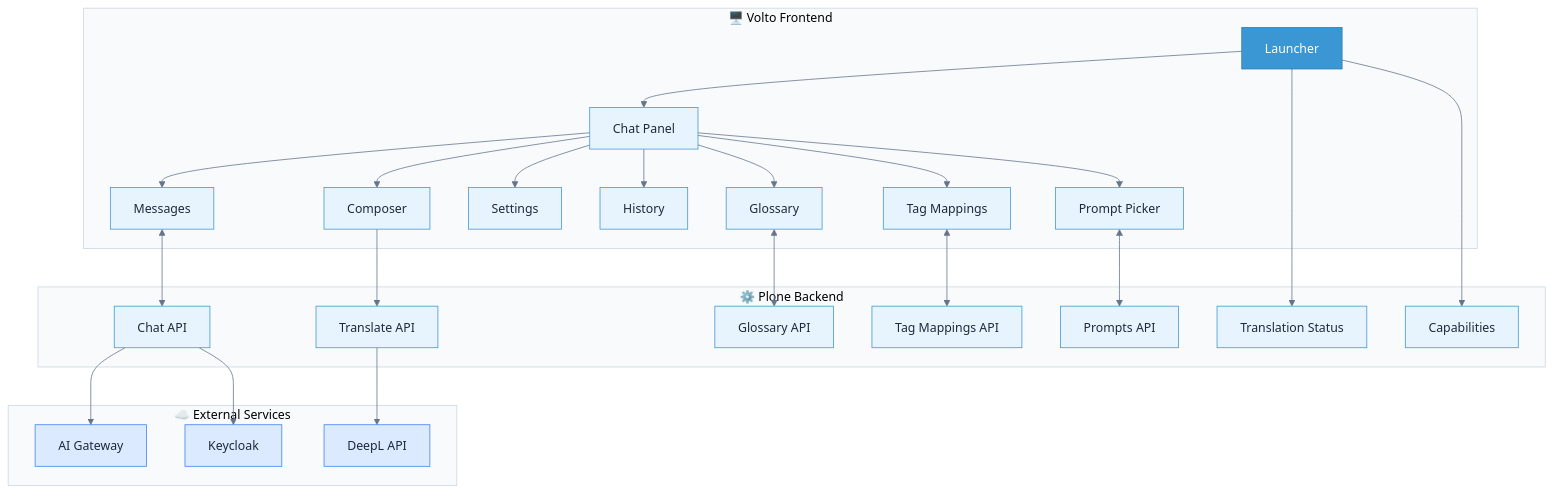
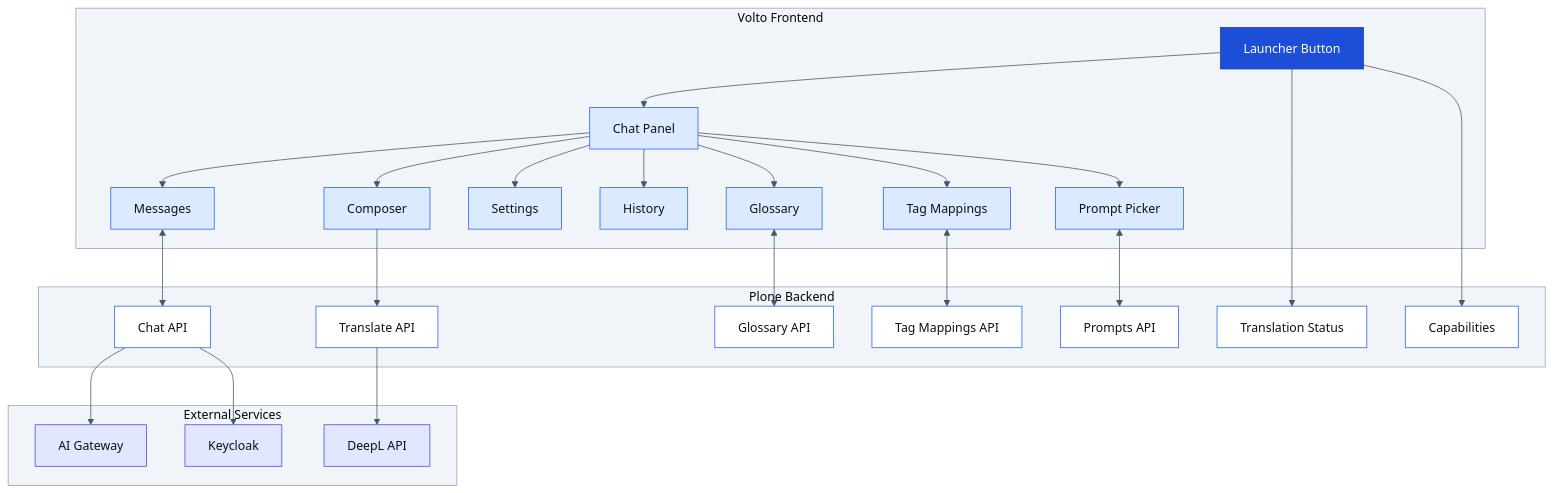
The fifth of 6 diagrams in README.md (interaktivgmbh/volto-interaktiv-kyra), drawn with Mermaid before and after one commit. The commit also changed other lines of this file, not shown here.

Commit message:
Enhance README with added contents section, updated Mermaid diagrams, refined styles, and improved feature visualization

````diff
--- a/README.md
+++ b/README.md
@@ -207,46 +223,54 @@
 ```mermaid
-%%{init: {'theme': 'base', 'themeVariables': {'primaryColor': '#e8f4fd', 'primaryBorderColor': '#3b97d4', 'primaryTextColor': '#1e293b', 'lineColor': '#64748b', 'clusterBkg': '#f8fafc', 'clusterBorder': '#cbd5e1'}}}%%
+%%{init: {'theme': 'base', 'themeVariables': {'primaryColor': '#dbeafe', 'primaryBorderColor': '#2563eb', 'primaryTextColor': '#111', 'lineColor': '#475569', 'clusterBkg': '#f1f5f9', 'clusterBorder': '#94a3b8'}}}%%
 flowchart TD
-    subgraph Frontend["🖥️ Volto Frontend"]
-        L["Launcher"] --> P["Chat Panel"]
+    subgraph Frontend["Volto Frontend"]
+        L["Launcher Button"] --> P["Chat Panel"]
         P --> Chat["Messages"]
         P --> Comp["Composer"]
         P --> Set["Settings"]
         P --> Hist["History"]
         P --> Gloss["Glossary"]
         P --> Tags["Tag Mappings"]
         P --> Prom["Prompt Picker"]
     end
 
-    subgraph Backend["⚙️ Plone Backend"]
+    subgraph Backend["Plone Backend"]
         C1["Chat API"]
         C2["Translate API"]
         C3["Prompts API"]
         C4["Glossary API"]
         C5["Tag Mappings API"]
         C6["Translation Status"]
         C7["Capabilities"]
     end
 
-    subgraph Services["☁️ External Services"]
+    subgraph Services["External Services"]
         GW["AI Gateway"]
         DL["DeepL API"]
         KC["Keycloak"]
     end
 
     Chat <--> C1
     Comp --> C2
     Prom <--> C3
     Gloss <--> C4
     Tags <--> C5
     L --> C6
     L --> C7
     C1 --> GW
     C1 --> KC
     C2 --> DL
 
-    style L fill:#3b97d4,stroke:#307db0,color:#fff
-    style GW fill:#dbeafe,stroke:#3b82f6
-    style DL fill:#dbeafe,stroke:#3b82f6
-    style KC fill:#dbeafe,stroke:#3b82f6
+    style L fill:#1d4ed8,stroke:#1e40af,color:#fff
+    style P fill:#dbeafe,stroke:#2563eb,color:#111
+    style GW fill:#e0e7ff,stroke:#4f46e5,color:#111
+    style DL fill:#e0e7ff,stroke:#4f46e5,color:#111
+    style KC fill:#e0e7ff,stroke:#4f46e5,color:#111
+    style C1 fill:#fff,stroke:#2563eb,color:#111
+    style C2 fill:#fff,stroke:#2563eb,color:#111
+    style C3 fill:#fff,stroke:#2563eb,color:#111
+    style C4 fill:#fff,stroke:#2563eb,color:#111
+    style C5 fill:#fff,stroke:#2563eb,color:#111
+    style C6 fill:#fff,stroke:#2563eb,color:#111
+    style C7 fill:#fff,stroke:#2563eb,color:#111
 ```
````
